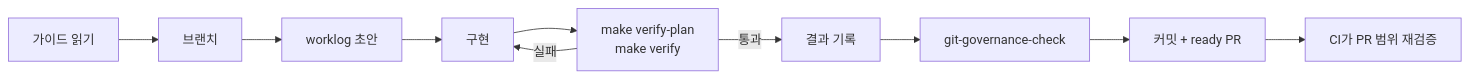
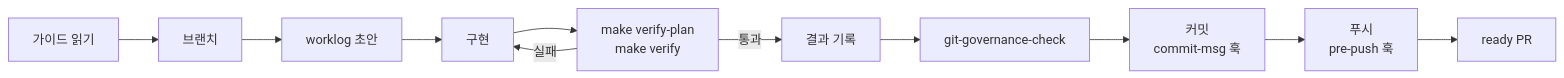
Before and after one commit to Blueprint4Agent/Blueprint4Agent.github.io: the first of 3 diagrams in i18n/ko/docusaurus-plugin-content-docs/current/verification/verification-process.mdx, drawn with Mermaid. The commit also changed other lines of this file and 8 other files, not shown here.

````diff
--- a/i18n/ko/docusaurus-plugin-content-docs/current/verification/verification-process.mdx
+++ b/i18n/ko/docusaurus-plugin-content-docs/current/verification/verification-process.mdx
@@ -13,12 +13,13 @@
 ```mermaid
 flowchart LR
     R["가이드 읽기"] --> B["브랜치"]
     B --> P["worklog 초안"]
     P --> I["구현"]
     I --> V["make verify-plan<br/>make verify"]
     V -- "실패" --> I
     V -- "통과" --> W["결과 기록"]
     W --> G["git-governance-check"]
-    G --> C["커밋 + ready PR"]
-    C --> CI["CI가 PR 범위 재검증"]
+    G --> C["커밋<br/>commit-msg 훅"]
+    C --> PU["푸시<br/>pre-push 훅"]
+    PU --> PR["ready PR"]
 ```
````
